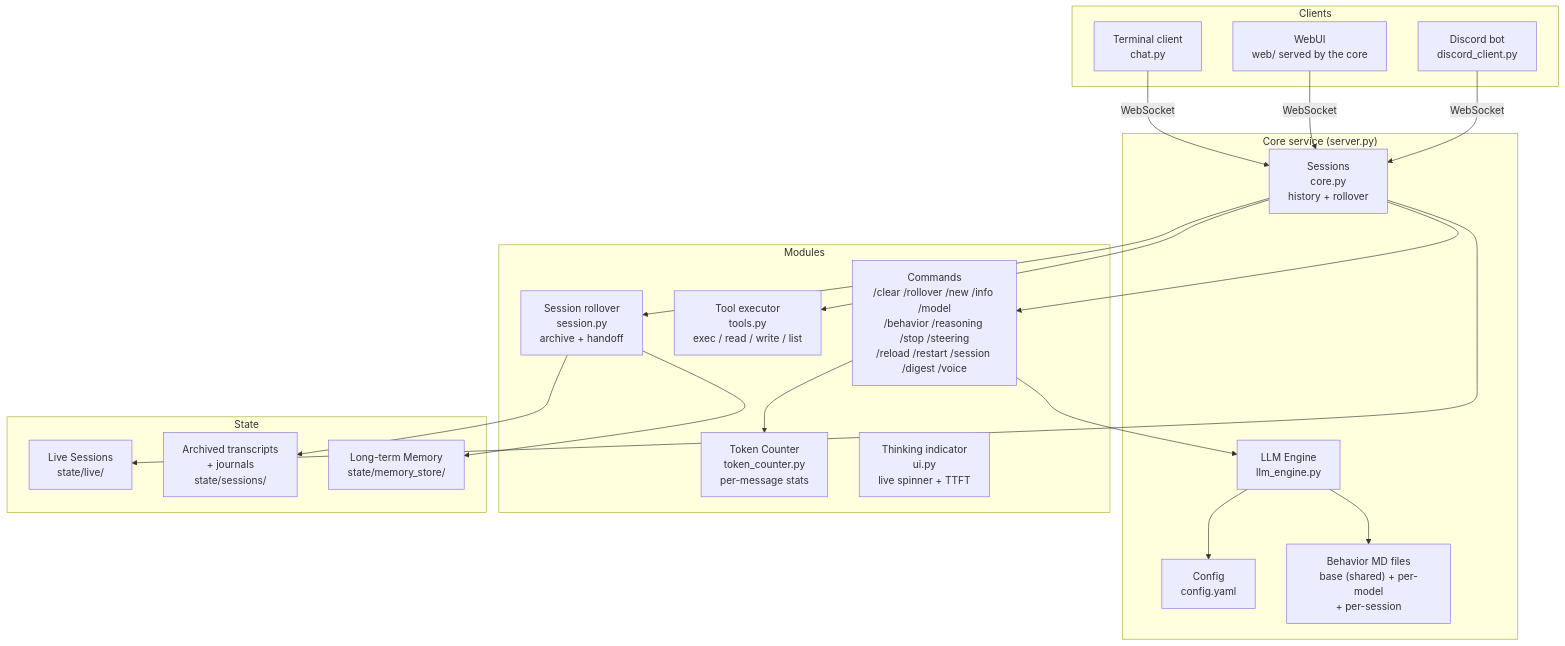
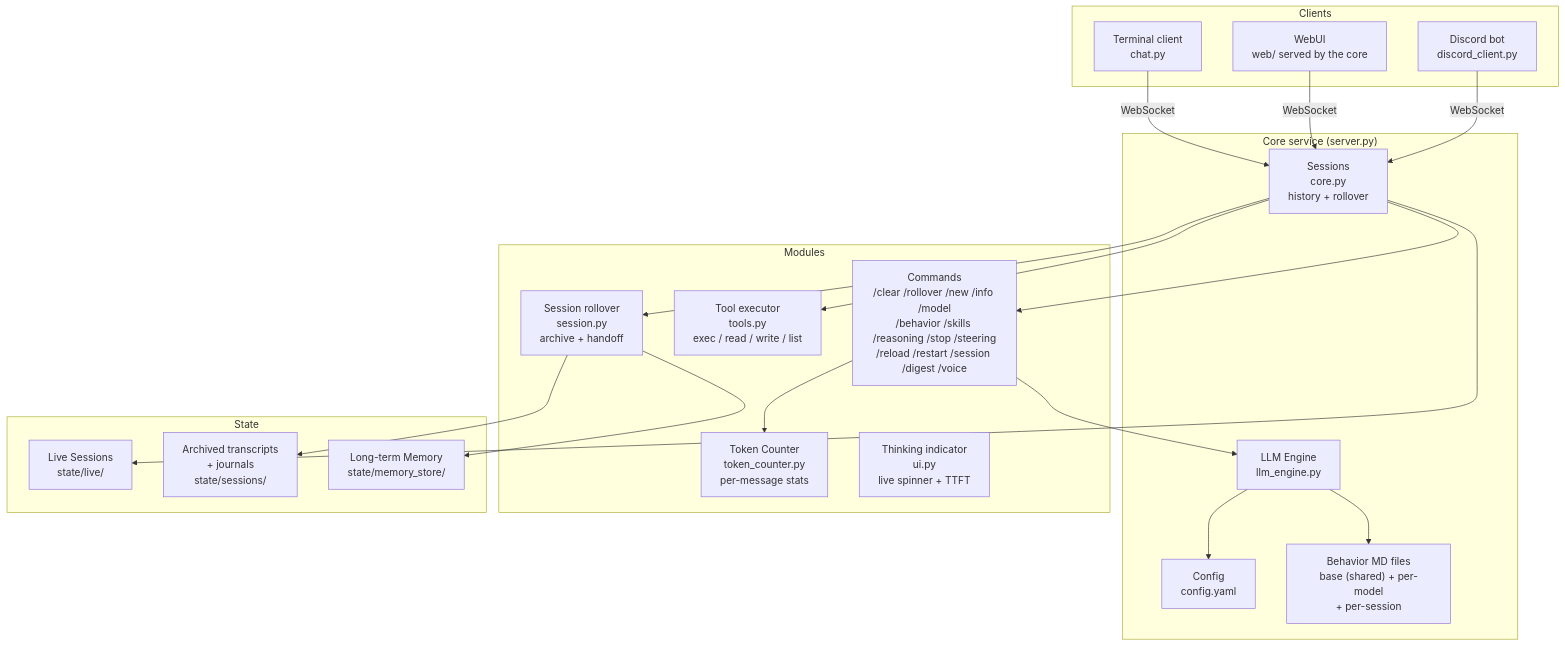
The diagram in docs/architecture.md (goluckyryan/letsClaw), drawn with Mermaid before and after one commit. The commit also changed other lines of this file and 19 other files, not shown here.

````diff
--- a/docs/architecture.md
+++ b/docs/architecture.md
@@ -11,43 +11,43 @@
 ```mermaid
 graph TD
     subgraph Clients
         REPL[Terminal client\nchat.py]
         Web[WebUI\nweb/ served by the core]
         Disc[Discord bot\ndiscord_client.py]
     end
 
     subgraph Core["Core service (server.py)"]
         Sessions2[Sessions\ncore.py\nhistory + rollover]
         Engine[LLM Engine\nllm_engine.py]
         Config[Config\nconfig.yaml]
         ModelFile["Behavior MD files\nbase (shared) + per-model\n+ per-session"]
     end
 
     subgraph Modules
-        Cmds[Commands\n/clear /rollover /new /info /model\n/behavior /reasoning /stop /steering\n/reload /restart /session /digest /voice]
+        Cmds[Commands\n/clear /rollover /new /info /model\n/behavior /skills /reasoning /stop /steering\n/reload /restart /session /digest /voice]
         TokenCounter[Token Counter\ntoken_counter.py\nper-message stats]
         ThinkingUI[Thinking indicator\nui.py\nlive spinner + TTFT]
         Tools[Tool executor\ntools.py\nexec / read / write / list]
         Roll[Session rollover\nsession.py\narchive + handoff]
     end
 
     subgraph State
         Live[Live Sessions\nstate/live/]
         Sessions[Archived transcripts\n+ journals\nstate/sessions/]
         Memory[Long-term Memory\nstate/memory_store/]
     end
 
     REPL -->|WebSocket| Sessions2
     Web -->|WebSocket| Sessions2
     Disc -->|WebSocket| Sessions2
     Sessions2 --> Cmds
     Sessions2 --> Tools
     Sessions2 --> Roll
     Sessions2 --> Live
     Roll --> Sessions
     Roll --> Memory
     Cmds --> Engine
     Engine --> Config
     Engine --> ModelFile
     Cmds --> TokenCounter
 ```
````
